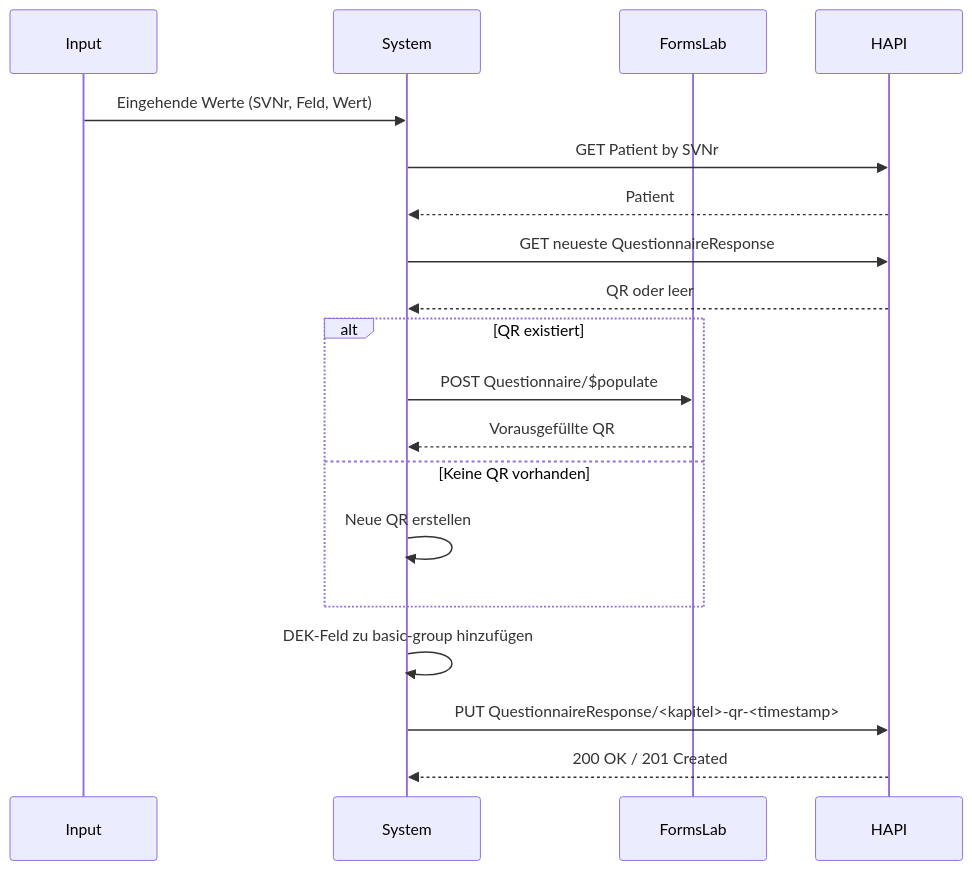
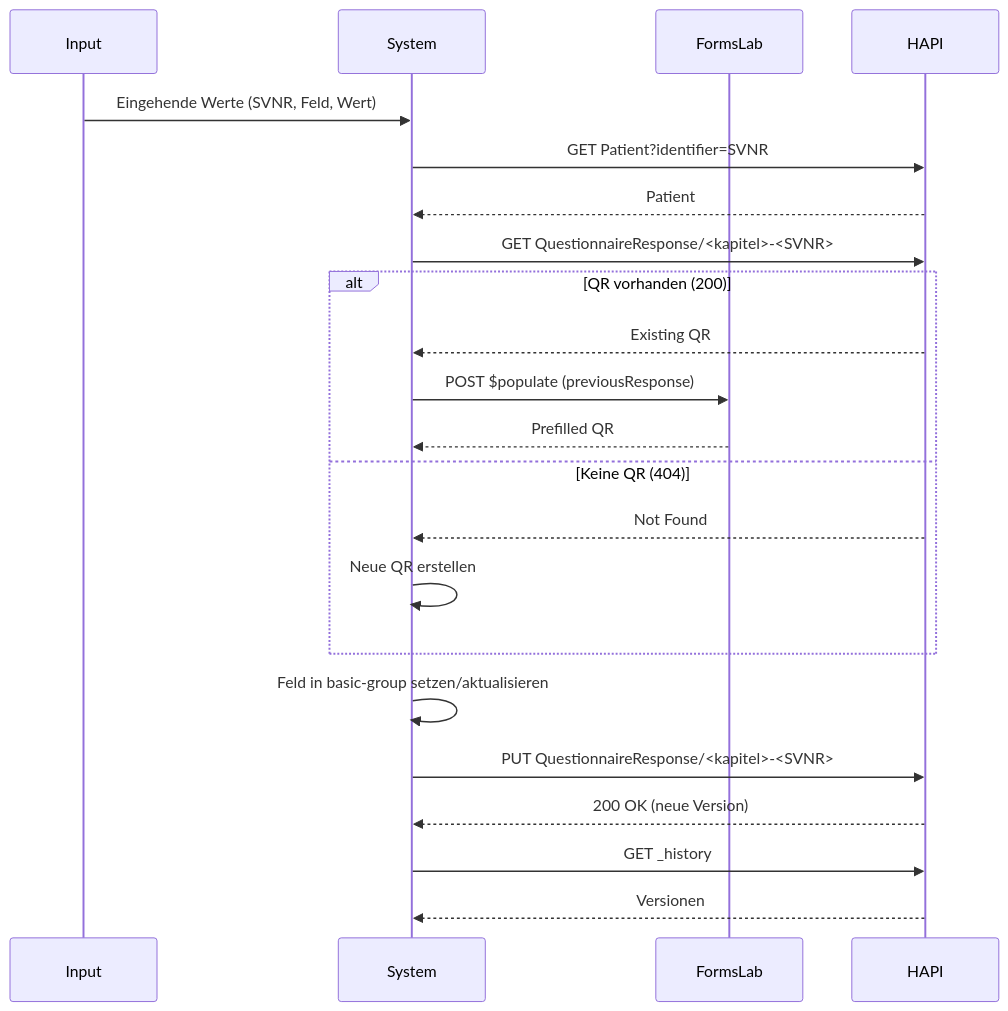
The second of 2 diagrams in README.md (alinahdr/eekp-fhir-workflow), drawn with Mermaid before and after one commit. The commit also changed other lines of this file and 8 other files, not shown here.

````diff
--- a/README.md
+++ b/README.md
@@ -141,24 +147,31 @@
 ```mermaid
 sequenceDiagram
     participant Input
     participant System
     participant FormsLab
     participant HAPI
 
-    Input->>System: Eingehende Werte (SVNr, Feld, Wert)
-    System->>HAPI: GET Patient by SVNr
+    Input->>System: Eingehende Werte (SVNR, Feld, Wert)
+
+    System->>HAPI: GET Patient?identifier=SVNR
     HAPI-->>System: Patient
-    System->>HAPI: GET neueste QuestionnaireResponse
-    HAPI-->>System: QR oder leer
 
-    alt QR existiert
-        System->>FormsLab: POST Questionnaire/$populate
-        FormsLab-->>System: Vorausgefüllte QR
-    else Keine QR vorhanden
+    System->>HAPI: GET QuestionnaireResponse/<kapitel>-<SVNR>
+    
+    alt QR vorhanden (200)
+        HAPI-->>System: Existing QR
+        System->>FormsLab: POST $populate (previousResponse)
+        FormsLab-->>System: Prefilled QR
+    else Keine QR (404)
+        HAPI-->>System: Not Found
         System->>System: Neue QR erstellen
     end
 
-    System->>System: DEK-Feld zu basic-group hinzufügen
-    System->>HAPI: PUT QuestionnaireResponse/<kapitel>-qr-<timestamp>
-    HAPI-->>System: 200 OK / 201 Created
+    System->>System: Feld in basic-group setzen/aktualisieren
+
+    System->>HAPI: PUT QuestionnaireResponse/<kapitel>-<SVNR>
+    HAPI-->>System: 200 OK (neue Version)
+
+    System->>HAPI: GET _history
+    HAPI-->>System: Versionen
 ```
````
